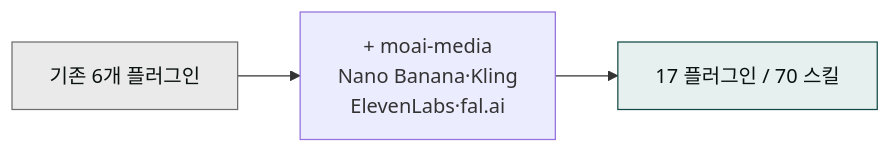
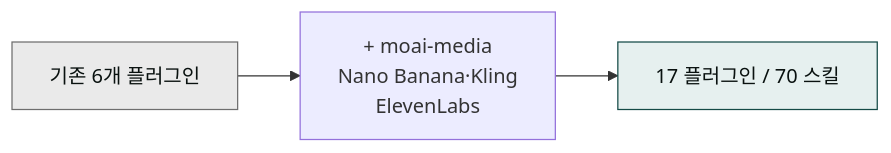
Before and after one commit to modu-ai/claude: the diagram in content/releases/v1.2.md, drawn with Mermaid. The commit also changed other lines of this file and 5 other files, not shown here.

````diff
--- a/content/releases/v1.2.md
+++ b/content/releases/v1.2.md
@@ -11,8 +11,8 @@
 ```mermaid
 flowchart LR
-    A["기존 6개 플러그인"] --> B["+ moai-media<br/>Nano Banana·Kling<br/>ElevenLabs·fal.ai"]
+    A["기존 6개 플러그인"] --> B["+ moai-media<br/>Nano Banana·Kling<br/>ElevenLabs"]
     B --> C["17 플러그인 / 70 스킬"]
 
     style A fill:#eaeaea,stroke:#6e6e6e,color:#09110f
     style C fill:#e6f0ef,stroke:#144a46,color:#09110f
 ```
````
